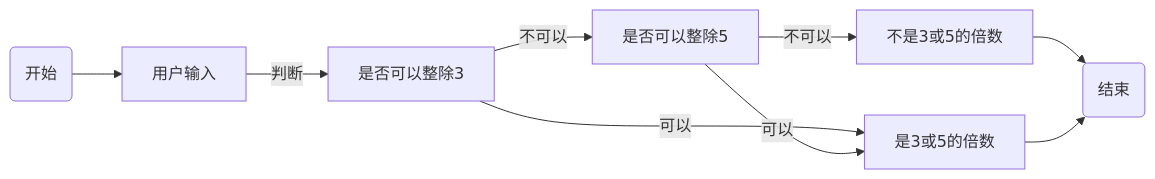
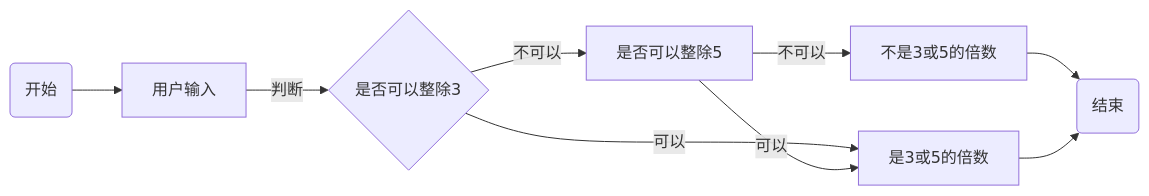
Before and after one commit to ijefie/gittt: the diagram in experiment3.md, drawn with Mermaid. The commit also changed 2 other files, not shown here.

Commit message:
改

````diff
--- a/experiment3.md
+++ b/experiment3.md
@@ -132,12 +132,12 @@
 ```mermaid
 flowchart  LR
 Start(开始) --> Scanf[用户输入]
-    Scanf --> |判断|If[是否可以整除3]
+    Scanf --> |判断|If{是否可以整除3}
 If --> |不可以|ou[是否可以整除5]
 If --> |可以|ji[是3或5的倍数]
 ou --> |可以|ji[是3或5的倍数]
 ou --> |不可以|bu[不是3或5的倍数]
     bu --> End(结束)
     ji --> End(结束)
 
 ```
````
